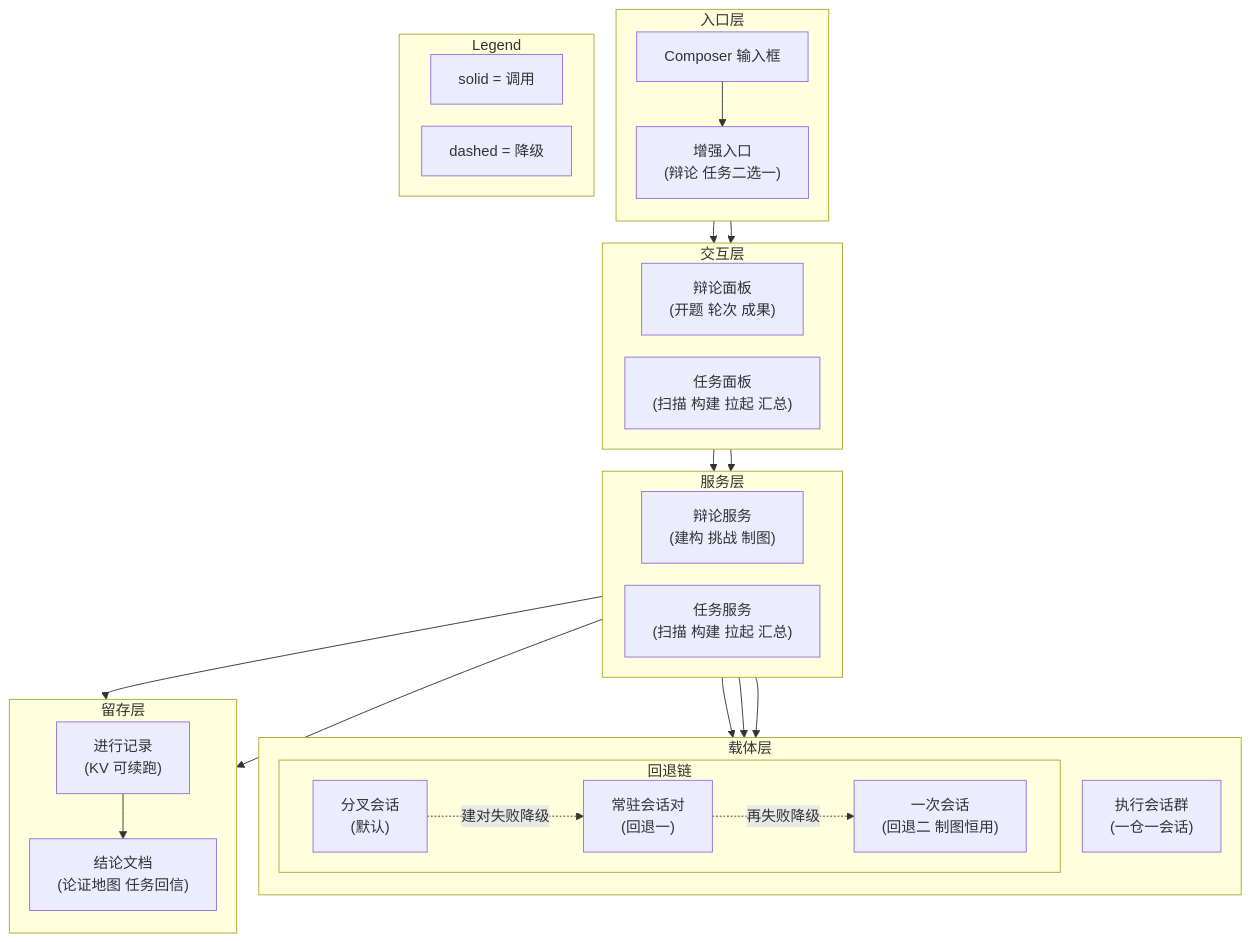
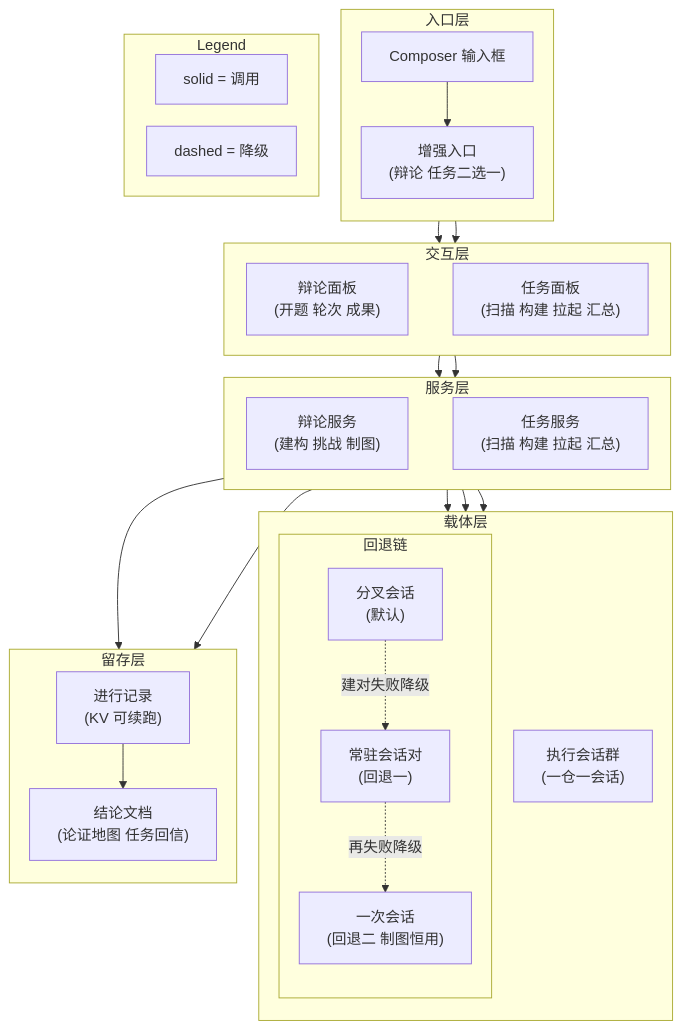
One commit to doubleelec/dsh-debate changed the second of 4 diagrams in docs/architecture.md. Above: the diagram before and after it, drawn with Mermaid.

Commit message:
docs(arch): pin 4.2 peer rows with invisible edges, fallback chain vertical

````diff
--- a/docs/architecture.md
+++ b/docs/architecture.md
@@ -86,54 +86,56 @@
 ```mermaid
 %%{init: {"flowchart": {"rankSpacing": 24, "nodeSpacing": 24, "htmlLabels": true, "useMaxWidth": false}}}%%
 flowchart TD
     subgraph Entry["入口层"]
         direction TB
         composer["Composer 输入框"]
         menu["增强入口<br/>(辩论 任务二选一)"]
         composer --> menu
     end
     subgraph Face["交互层"]
         direction LR
         debateUI["辩论面板<br/>(开题 轮次 成果)"]
         taskUI["任务面板<br/>(扫描 构建 拉起 汇总)"]
+        debateUI ~~~ taskUI
     end
     subgraph Service["服务层"]
         direction LR
         debateSvc["辩论服务<br/>(建构 挑战 制图)"]
         taskSvc["任务服务<br/>(扫描 构建 拉起 汇总)"]
+        debateSvc ~~~ taskSvc
     end
     subgraph Carry["载体层"]
         direction TB
         subgraph FallbackChain["回退链"]
-            direction LR
+            direction TB
             fork["分叉会话<br/>(默认)"]
             resident["常驻会话对<br/>(回退一)"]
             oneshot["一次会话<br/>(回退二 制图恒用)"]
         end
         taskGroup["执行会话群<br/>(一仓一会话)"]
     end
     subgraph Keep["留存层"]
         direction TB
         kv["进行记录<br/>(KV 可续跑)"]
         docs["结论文档<br/>(论证地图 任务回信)"]
         kv --> docs
     end
 
     menu --> debateUI
     menu --> taskUI
     debateUI --> debateSvc
     taskUI --> taskSvc
     debateSvc --> fork
     fork -.->|建对失败降级| resident
     resident -.->|再失败降级| oneshot
     debateSvc --> oneshot
     taskSvc --> taskGroup
     debateSvc --> kv
     taskSvc --> kv
 
     subgraph Legend["Legend"]
         direction LR
         L1["solid = 调用"]
         L2["dashed = 降级"]
     end
 ```
````
